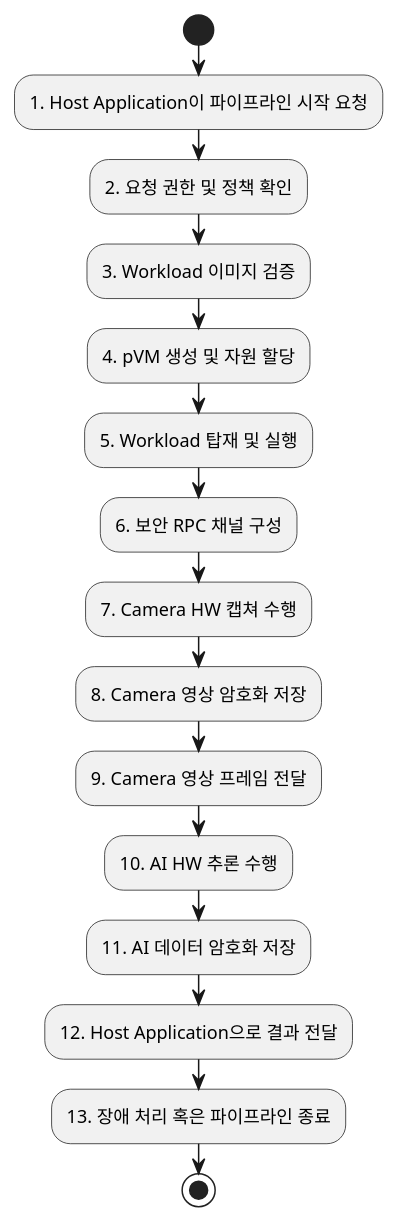
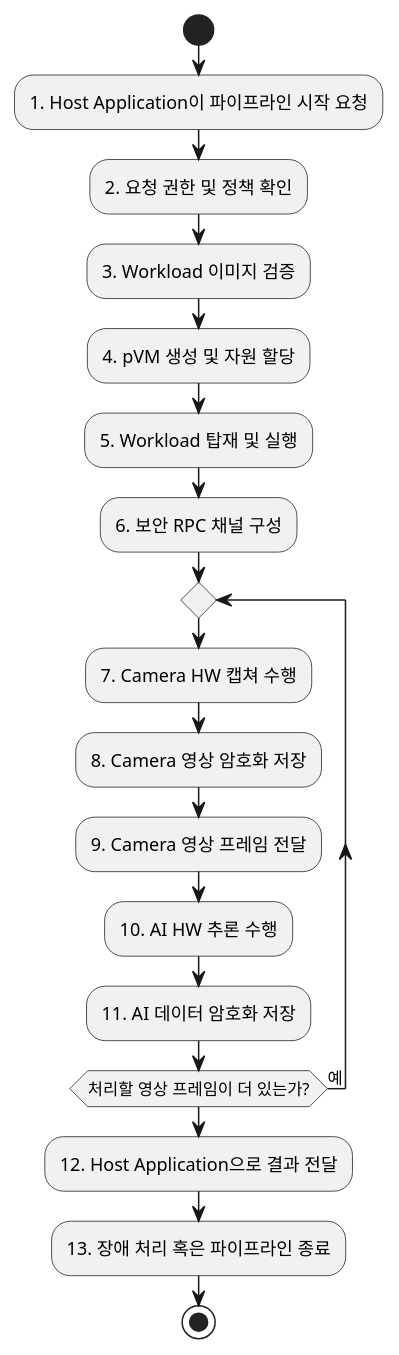
The diagram in docs/99_reference_scenario_flow.md (boram1288/test-p), drawn with PlantUML before and after one commit.

Commit message:
Add frame processing loop to scenario flow

````diff
--- a/docs/99_reference_scenario_flow.md
+++ b/docs/99_reference_scenario_flow.md
@@ -25,19 +25,21 @@
 ```plantuml
 @startuml
 start
 :1. Host Application이 파이프라인 시작 요청;
 :2. 요청 권한 및 정책 확인;
 :3. Workload 이미지 검증;
 :4. pVM 생성 및 자원 할당;
 :5. Workload 탑재 및 실행;
 :6. 보안 RPC 채널 구성;
-:7. Camera HW 캡쳐 수행;
-:8. Camera 영상 암호화 저장;
-:9. Camera 영상 프레임 전달;
-:10. AI HW 추론 수행;
-:11. AI 데이터 암호화 저장;
+repeat
+  :7. Camera HW 캡쳐 수행;
+  :8. Camera 영상 암호화 저장;
+  :9. Camera 영상 프레임 전달;
+  :10. AI HW 추론 수행;
+  :11. AI 데이터 암호화 저장;
+repeat while (처리할 영상 프레임이 더 있는가?) is (예)
 :12. Host Application으로 결과 전달;
 :13. 장애 처리 혹은 파이프라인 종료;
 stop
 @enduml
 ```
````
